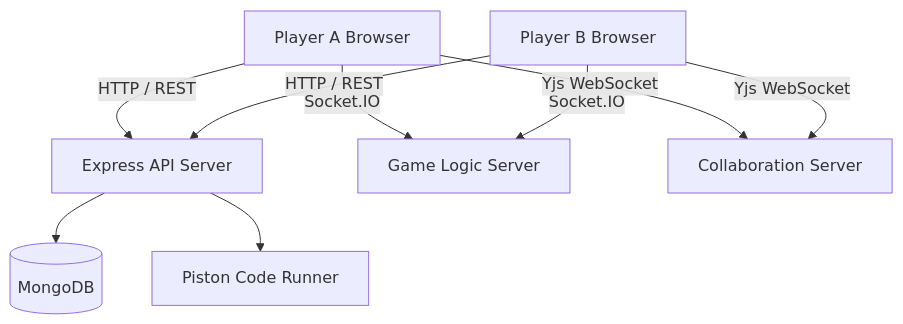
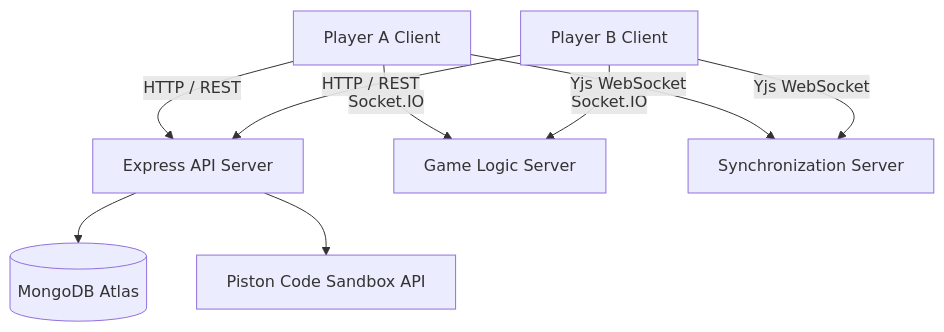
The diagram in README.md (Maayank18/CodeArena-1v1), drawn with Mermaid before and after one commit. The commit also changed other lines of this file, not shown here.

````diff
--- a/README.md
+++ b/README.md
@@ -66,14 +80,14 @@
 ```mermaid
 graph TD
-  BrowserA[Player A Browser] -->|HTTP / REST| API[Express API Server]
-  BrowserB[Player B Browser] -->|HTTP / REST| API
+  BrowserA[Player A Client] -->|HTTP / REST| API[Express API Server]
+  BrowserB[Player B Client] -->|HTTP / REST| API
 
   BrowserA -->|Socket.IO| GameServer[Game Logic Server]
   BrowserB -->|Socket.IO| GameServer
 
-  BrowserA -->|Yjs WebSocket| YjsServer[Collaboration Server]
+  BrowserA -->|Yjs WebSocket| YjsServer[Synchronization Server]
   BrowserB -->|Yjs WebSocket| YjsServer
 
-  API --> MongoDB[(MongoDB)]
-  API --> Piston[Piston Code Runner]
+  API --> MongoDB[(MongoDB Atlas)]
+  API --> Piston[Piston Code Sandbox API]
 ```
````
